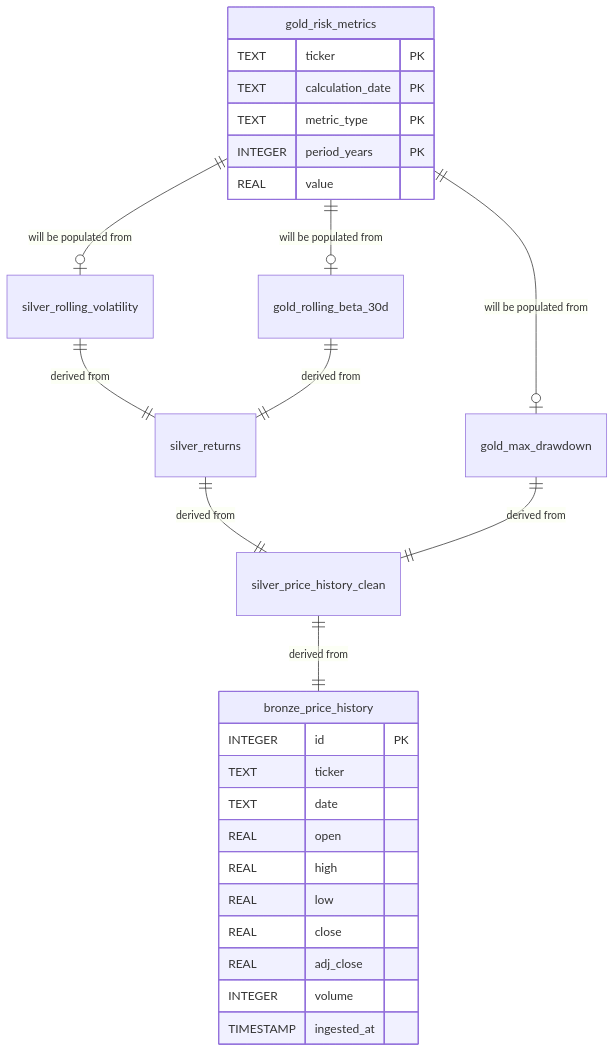
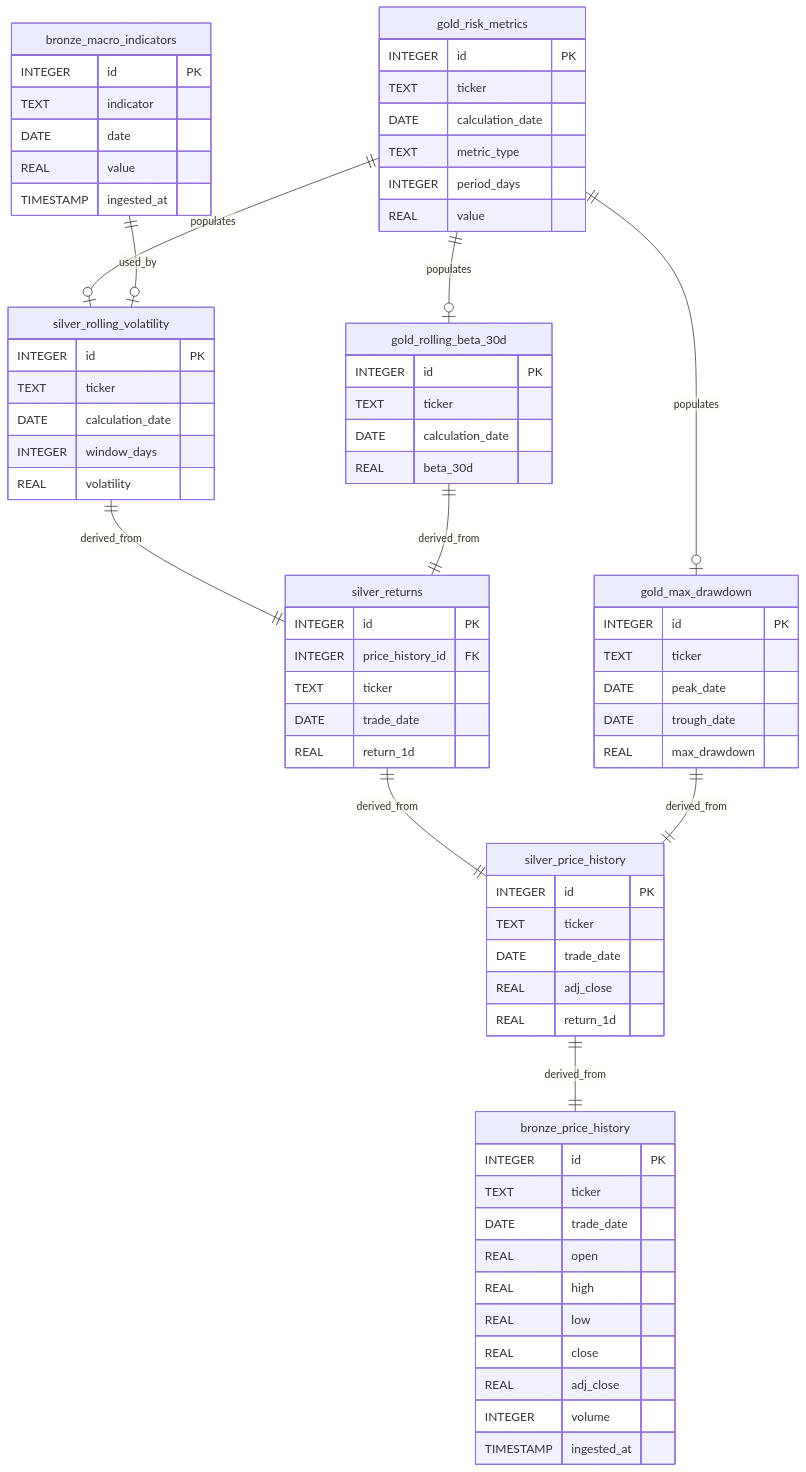
One commit to vrrgithub1/stock-risk-engine changed the diagram in README.md. Above: the diagram before and after it, drawn with Mermaid. The commit also changed other lines of this file and 15 other files, not shown here.

````diff
--- a/README.md
+++ b/README.md
@@ -180,32 +234,81 @@
 ```mermaid
 erDiagram
     bronze_price_history {
         INTEGER id PK
         TEXT ticker
-        TEXT date
+        DATE trade_date
         REAL open
         REAL high
         REAL low
         REAL close
         REAL adj_close
         INTEGER volume
         TIMESTAMP ingested_at
     }
-    
+
+    bronze_macro_indicators {
+        INTEGER id PK
+        TEXT indicator
+        DATE date
+        REAL value
+        TIMESTAMP ingested_at
+    }
+
+    silver_price_history {
+        INTEGER id PK
+        TEXT ticker
+        DATE trade_date
+        REAL adj_close
+        REAL return_1d
+    }
+
+    silver_returns {
+        INTEGER id PK
+        INTEGER price_history_id FK
+        TEXT ticker
+        DATE trade_date
+        REAL return_1d
+    }
+
+    silver_rolling_volatility {
+        INTEGER id PK
+        TEXT ticker
+        DATE calculation_date
+        INTEGER window_days
+        REAL volatility
+    }
+
+    gold_rolling_beta_30d {
+        INTEGER id PK
+        TEXT ticker
+        DATE calculation_date
+        REAL beta_30d
+    }
+
+    gold_max_drawdown {
+        INTEGER id PK
+        TEXT ticker
+        DATE peak_date
+        DATE trough_date
+        REAL max_drawdown
+    }
+
     gold_risk_metrics {
-        TEXT ticker PK
-        TEXT calculation_date PK
-        TEXT metric_type PK
-        INTEGER period_years PK
+        INTEGER id PK
+        TEXT ticker
+        DATE calculation_date
+        TEXT metric_type
+        INTEGER period_days
         REAL value
     }
-    
-    silver_price_history_clean ||--|| bronze_price_history : "derived from"
-    silver_returns ||--|| silver_price_history_clean : "derived from"
-    silver_rolling_volatility ||--|| silver_returns : "derived from"
-    gold_rolling_beta_30d ||--|| silver_returns : "derived from"
-    gold_max_drawdown ||--|| silver_price_history_clean : "derived from"
-    gold_risk_metrics ||--o| gold_rolling_beta_30d : "will be populated from"
-    gold_risk_metrics ||--o| gold_max_drawdown : "will be populated from"
-    gold_risk_metrics ||--o| silver_rolling_volatility : "will be populated from"
+
+    silver_price_history ||--|| bronze_price_history : "derived_from"
+    silver_returns ||--|| silver_price_history : "derived_from"
+    silver_rolling_volatility ||--|| silver_returns : "derived_from"
+    gold_rolling_beta_30d ||--|| silver_returns : "derived_from"
+    gold_max_drawdown ||--|| silver_price_history : "derived_from"
+    gold_risk_metrics ||--o| gold_rolling_beta_30d : "populates"
+    gold_risk_metrics ||--o| gold_max_drawdown : "populates"
+    gold_risk_metrics ||--o| silver_rolling_volatility : "populates"
+    bronze_macro_indicators ||--o| silver_rolling_volatility : "used_by"
 ```
````
